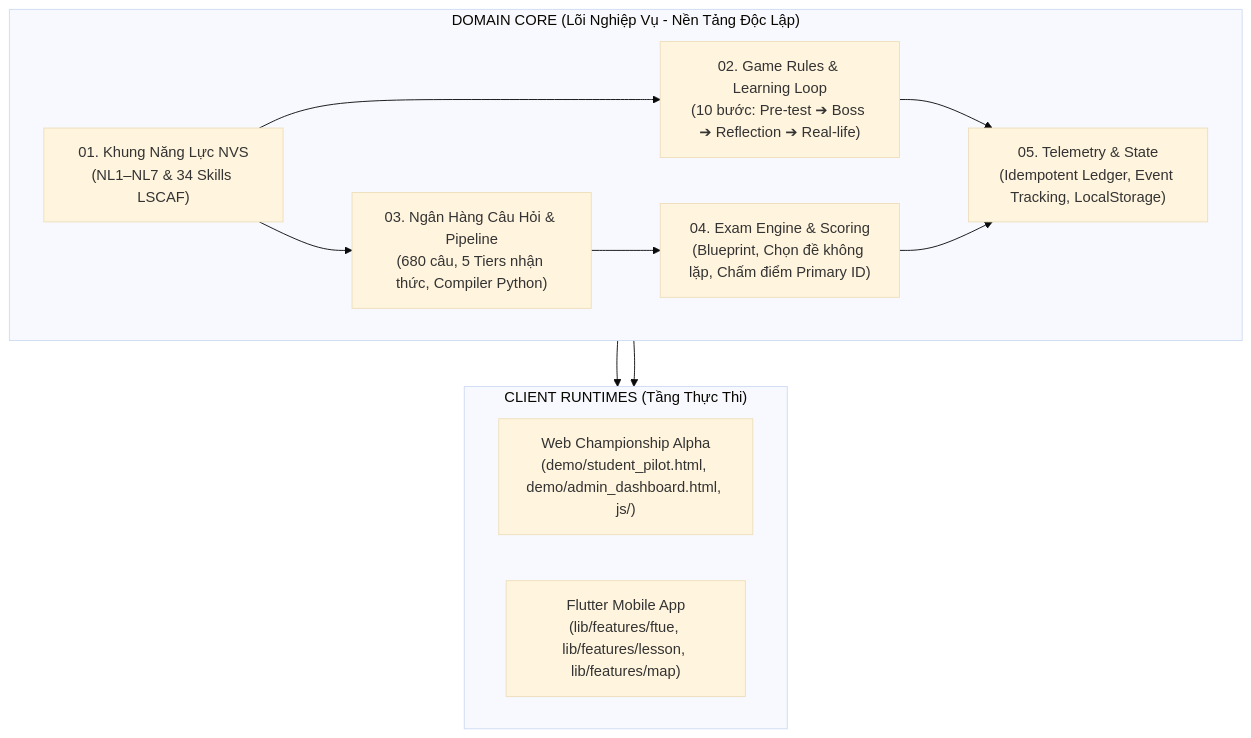
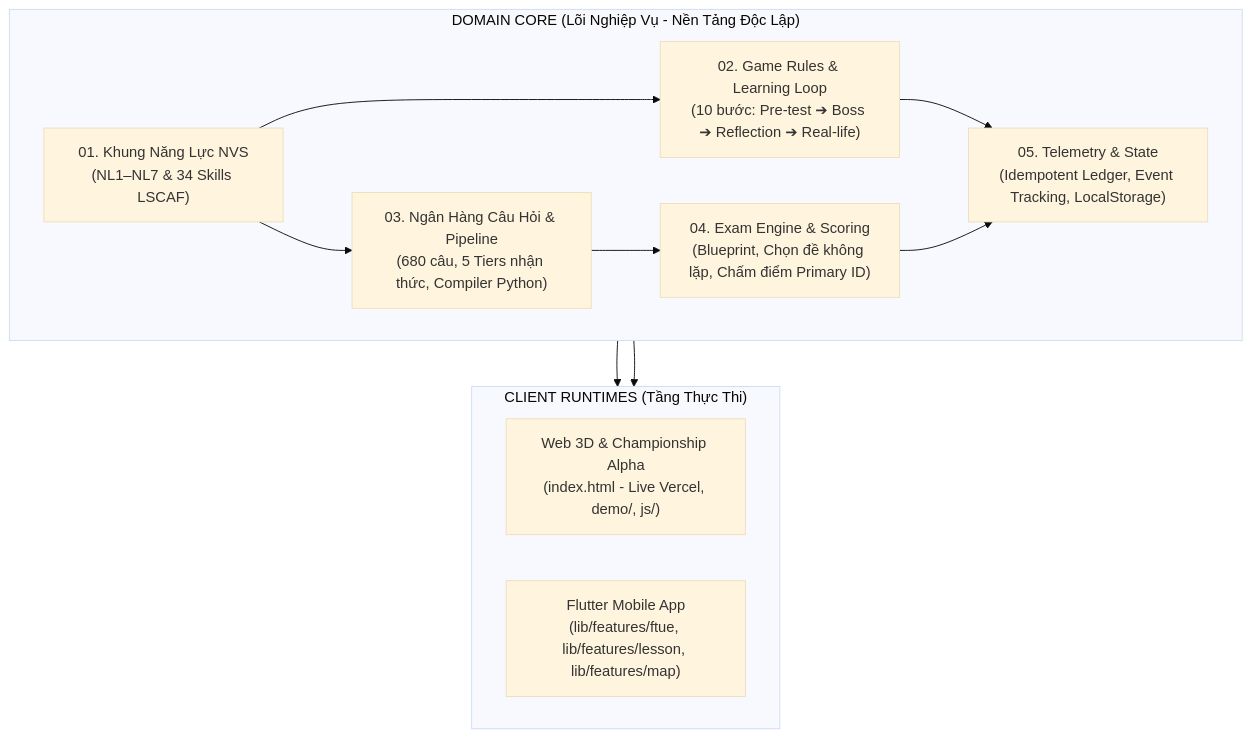
One commit to thuylt-nvs/appcuocthi changed the diagram in wiki/00_INDEX.md. Above: the diagram before and after it, drawn with Mermaid (base theme). The commit also changed 2 other files, not shown here.

Commit message:
docs: tich hop he thong wiki Karpathy va root context hub vao README

````diff
--- a/wiki/00_INDEX.md
+++ b/wiki/00_INDEX.md
@@ -27,25 +27,25 @@
 ```mermaid
 flowchart TD
     subgraph DomainCore["DOMAIN CORE (Lõi Nghiệp Vụ - Nền Tảng Độc Lập)"]
         CF["01. Khung Năng Lực NVS<br/>(NL1–NL7 & 34 Skills LSCAF)"]
         GR["02. Game Rules & Learning Loop<br/>(10 bước: Pre-test ➔ Boss ➔ Reflection ➔ Real-life)"]
         QB["03. Ngân Hàng Câu Hỏi & Pipeline<br/>(680 câu, 5 Tiers nhận thức, Compiler Python)"]
         EE["04. Exam Engine & Scoring<br/>(Blueprint, Chọn đề không lặp, Chấm điểm Primary ID)"]
         TM["05. Telemetry & State<br/>(Idempotent Ledger, Event Tracking, LocalStorage)"]
     end
 
     subgraph ClientRuntimes["CLIENT RUNTIMES (Tầng Thực Thi)"]
         direction LR
-        Web["Web Championship Alpha<br/>(demo/student_pilot.html, demo/admin_dashboard.html, js/)"]
+        Web["Web 3D & Championship Alpha<br/>(index.html - Live Vercel, demo/, js/)"]
         Flutter["Flutter Mobile App<br/>(lib/features/ftue, lib/features/lesson, lib/features/map)"]
     end
 
     CF --> GR
     CF --> QB
     QB --> EE
     GR --> TM
     EE --> TM
 
     DomainCore --> Web
     DomainCore --> Flutter
 ```
````
